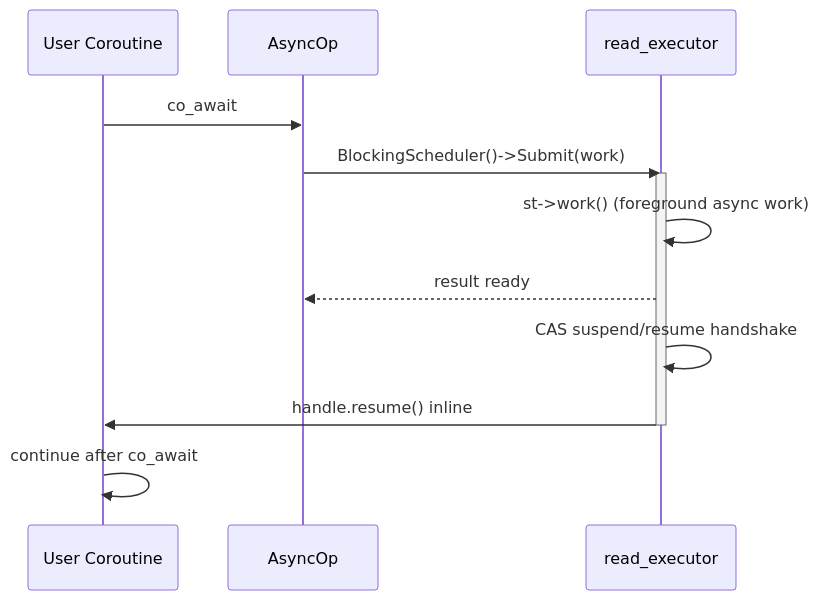
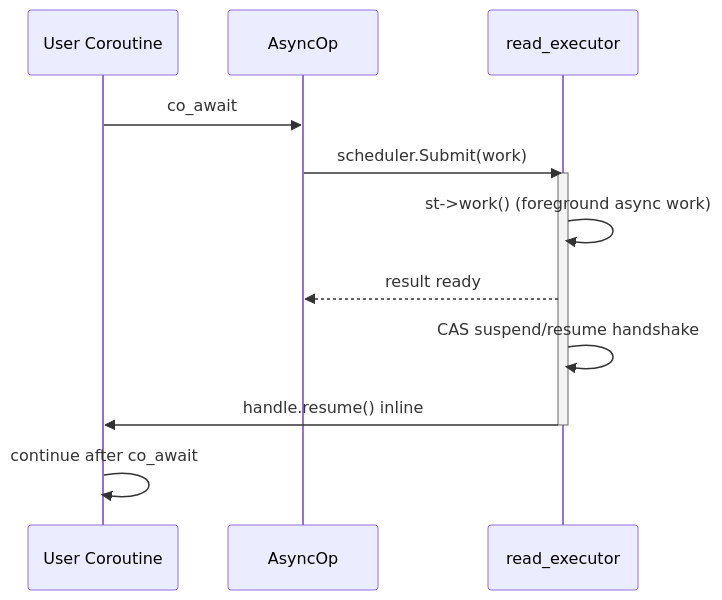
One commit to puji4810/Prism changed the second of 5 diagrams in docs/coroutine_api_design.md. Above: the diagram before and after it, drawn with Mermaid. The commit also changed other lines of this file and 4 other files, not shown here.

````diff
--- a/docs/coroutine_api_design.md
+++ b/docs/coroutine_api_design.md
@@ -55,16 +55,16 @@
 ```mermaid
 sequenceDiagram
     participant UC as User Coroutine
     participant AOp as AsyncOp
     participant READ as read_executor
 
     UC->>AOp: co_await
-    AOp->>READ: BlockingScheduler()->Submit(work)
+    AOp->>READ: scheduler.Submit(work)
     activate READ
     READ->>READ: st->work()  (foreground async work)
     READ-->>AOp: result ready
     READ->>READ: CAS suspend/resume handshake
     READ->>UC: handle.resume() inline
     deactivate READ
     UC->>UC: continue after co_await
 ```
````
